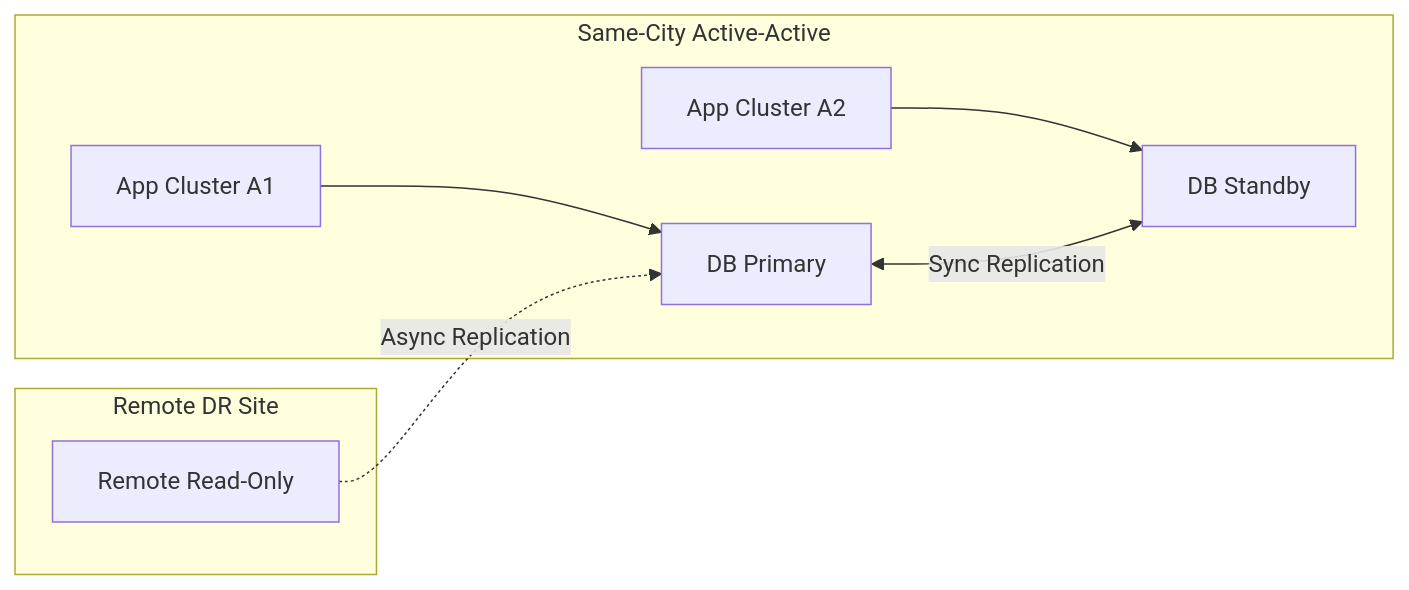
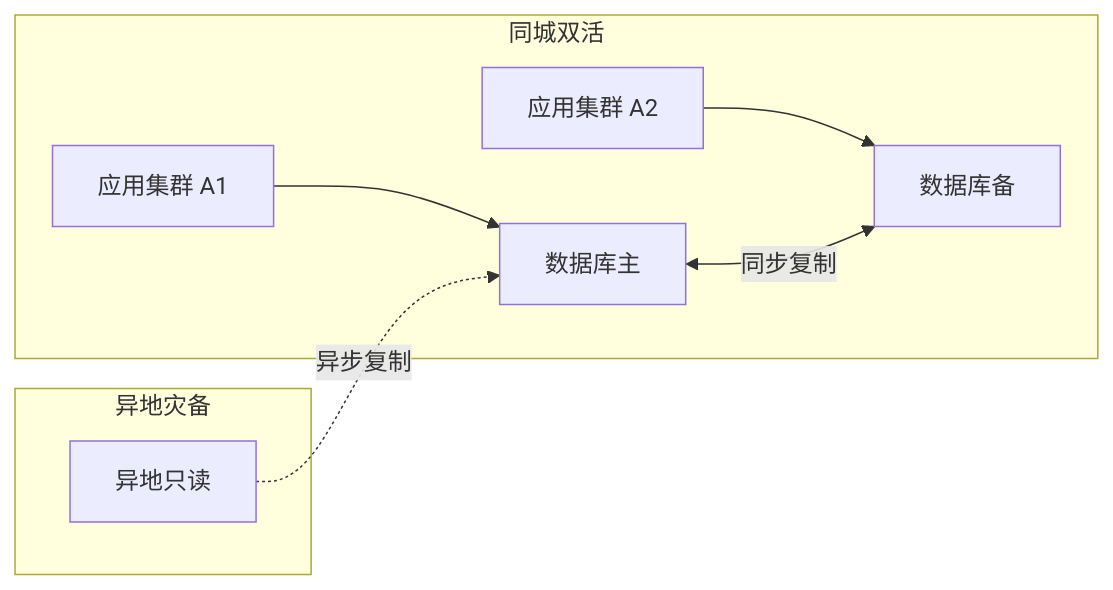
Before and after one commit to Kirky-X/cangjie: the second of 3 diagrams in templates/Product/Technology/Template-TRD.md, drawn with Mermaid. The commit also changed other lines of this file and 33 other files, not shown here.

````diff
--- a/templates/Product/Technology/Template-TRD.md
+++ b/templates/Product/Technology/Template-TRD.md
@@ -181,11 +181,11 @@
 ```mermaid
 graph LR
-    subgraph Same-City Active-Active
-        A1[App Cluster A1] --> B1[DB Primary]
-        A2[App Cluster A2] --> B2[DB Standby]
+    subgraph 同城双活
+        A1[应用集群 A1] --> B1[数据库主]
+        A2[应用集群 A2] --> B2[数据库备]
     end
-    subgraph Remote DR Site
-        C1[Remote Read-Only] -.Async Replication.-> B1
+    subgraph 异地灾备
+        C1[异地只读] -.异步复制.-> B1
     end
-    B1 <-->|Sync Replication| B2
+    B1 <-->|同步复制| B2
 ```
````
